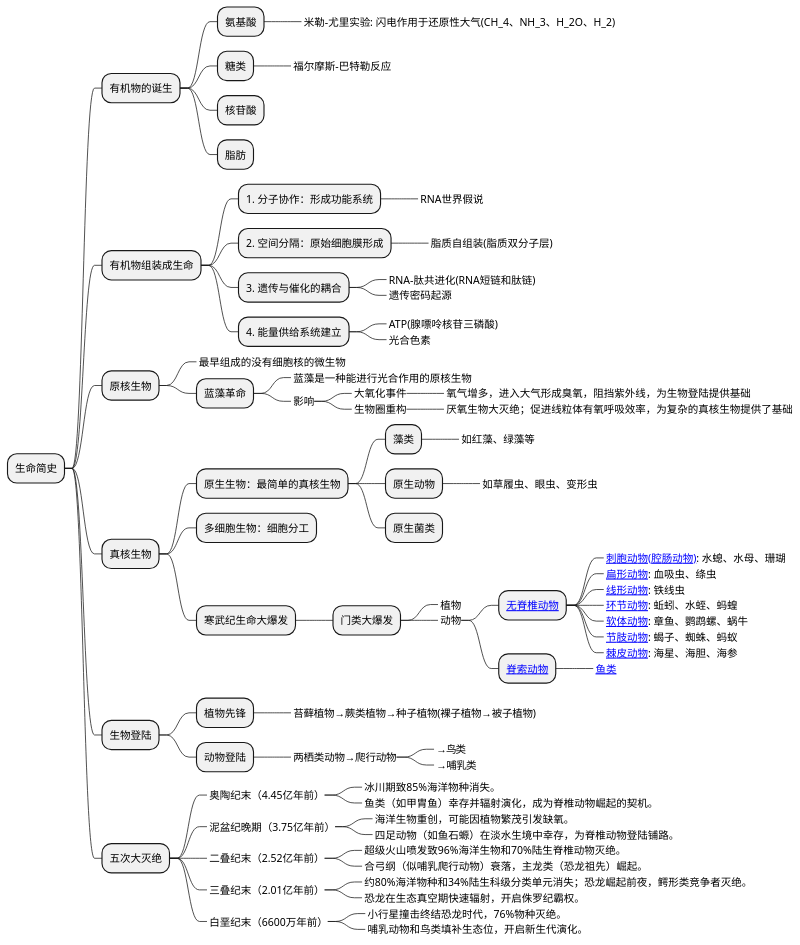
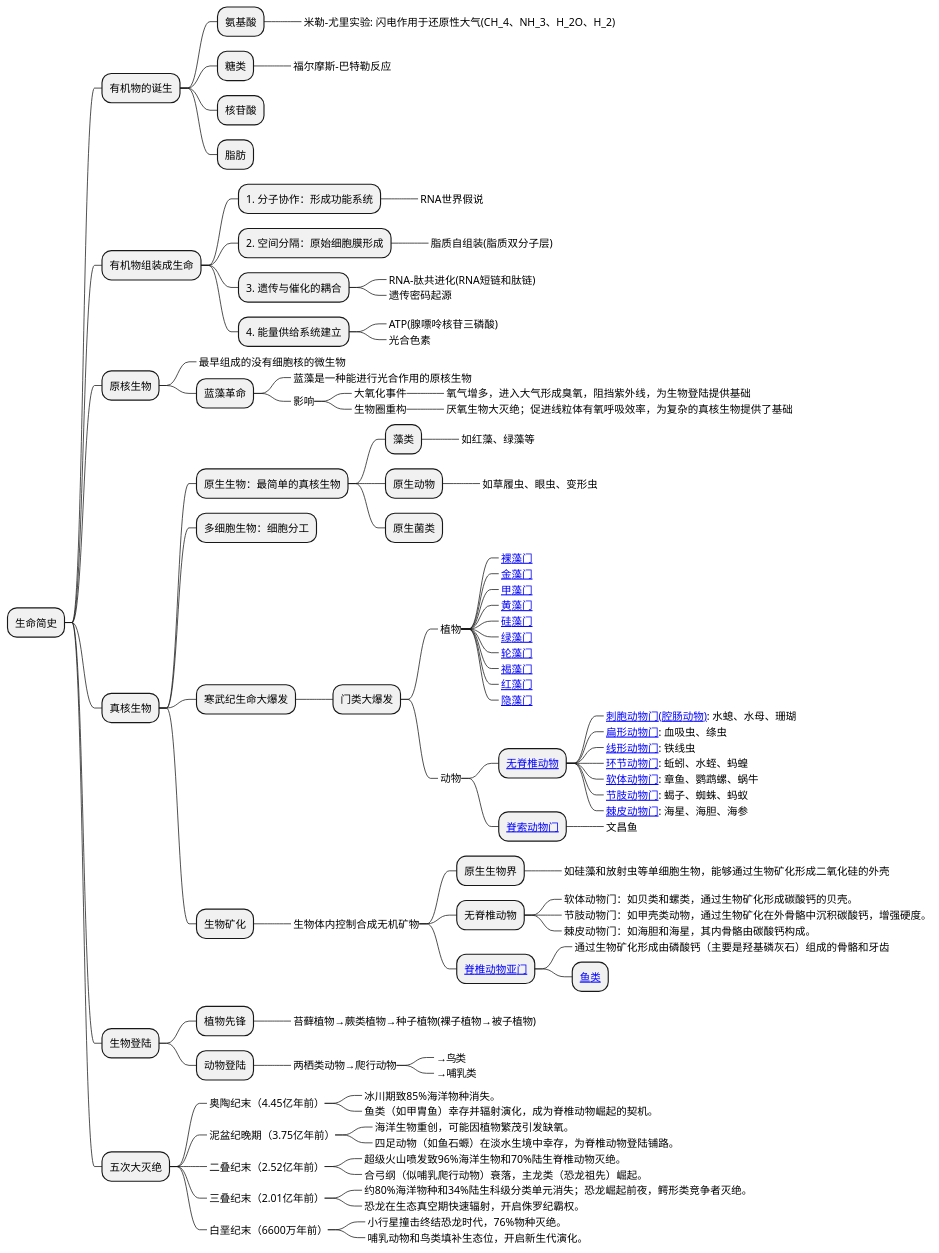
The diagram in source/_posts/history/life-history.md (holmofy/blog.hufeifei.cn), drawn with PlantUML before and after one commit.

```diff
--- a/source/_posts/history/life-history.md
+++ b/source/_posts/history/life-history.md
@@ -53,17 +53,38 @@
 +++ 寒武纪生命大爆发
 ++++ 门类大爆发
 +++++_ 植物
+++++++_ [[https://baike.baidu.com/item/裸藻门/2948175 裸藻门]]
+++++++_ [[https://baike.baidu.com/item/金藻门/1584161 金藻门]]
+++++++_ [[https://baike.baidu.com/item/甲藻门/1584123 甲藻门]]
+++++++_ [[https://baike.baidu.com/item/黄藻门/1584223 黄藻门]]
+++++++_ [[https://baike.baidu.com/item/硅藻门/1584241 硅藻门]]
+++++++_ [[https://baike.baidu.com/item/绿藻门/714651 绿藻门]]
+++++++_ [[https://baike.baidu.com/item/轮藻门/1653690 轮藻门]]
+++++++_ [[https://baike.baidu.com/item/褐藻门/2518539 褐藻门]]
+++++++_ [[https://baike.baidu.com/item/红藻门/2526237 红藻门]]
+++++++_ [[https://baike.baidu.com/item/隐藻门/6478716 隐藻门]]
 +++++_ 动物
 ++++++ [[https://baike.baidu.com/item/无脊椎动物/149803 无脊椎动物]]
-+++++++_ [[https://baike.baidu.com/item/刺胞动物门 刺胞动物(腔肠动物)]]: 水螅、水母、珊瑚
-+++++++_ [[https://baike.baidu.com/item/扁形动物门 扁形动物]]: 血吸虫、绦虫
-+++++++_ [[https://baike.baidu.com/item/线形动物门 线形动物]]: 铁线虫
-+++++++_ [[https://baike.baidu.com/item/环节动物 环节动物]]: 蚯蚓、水蛭、蚂蝗
-+++++++_ [[https://baike.baidu.com/item/软体动物 软体动物]]: 章鱼、鹦鹉螺、蜗牛
-+++++++_ [[https://baike.baidu.com/item/节肢动物门 节肢动物]]: 蝎子、蜘蛛、蚂蚁
-+++++++_ [[https://baike.baidu.com/item/棘皮动物门 棘皮动物]]: 海星、海胆、海参
-++++++ [[https://baike.baidu.com/item/脊索动物门 脊索动物]]
-+++++++_ [[https://baike.baidu.com/item/鱼类/524517 鱼类]]
++++++++_ [[https://baike.baidu.com/item/刺胞动物门 刺胞动物门(腔肠动物)]]: 水螅、水母、珊瑚
++++++++_ [[https://baike.baidu.com/item/扁形动物门 扁形动物门]]: 血吸虫、绦虫
++++++++_ [[https://baike.baidu.com/item/线形动物门 线形动物门]]: 铁线虫
++++++++_ [[https://baike.baidu.com/item/环节动物 环节动物门]]: 蚯蚓、水蛭、蚂蝗
++++++++_ [[https://baike.baidu.com/item/软体动物 软体动物门]]: 章鱼、鹦鹉螺、蜗牛
++++++++_ [[https://baike.baidu.com/item/节肢动物门 节肢动物门]]: 蝎子、蜘蛛、蚂蚁
++++++++_ [[https://baike.baidu.com/item/棘皮动物门 棘皮动物门]]: 海星、海胆、海参
+++++++ [[https://baike.baidu.com/item/脊索动物门 脊索动物门]]
++++++++_ 文昌鱼
++++ 生物矿化
+++++_ 生物体内控制合成无机矿物
++++++ 原生生物界
+++++++_ 如硅藻和放射虫等单细胞生物，能够通过生物矿化形成二氧化硅的外壳
++++++ 无脊椎动物
+++++++_ 软体动物门：如贝类和螺类，通过生物矿化形成碳酸钙的贝壳。
+++++++_ 节肢动物门：如甲壳类动物，通过生物矿化在外骨骼中沉积碳酸钙，增强硬度。
+++++++_ 棘皮动物门：如海胆和海星，其内骨骼由碳酸钙构成。
++++++ [[https://baike.baidu.com/item/脊椎动物亚门 脊椎动物亚门]]
+++++++_ 通过生物矿化形成由磷酸钙（主要是羟基磷灰石）组成的骨骼和牙齿
+++++++ [[https://baike.baidu.com/item/鱼类/524517 鱼类]]
 ++ 生物登陆
 +++ 植物先锋
 ++++_ 苔藓植物→蕨类植物→种子植物(裸子植物→被子植物)
```
